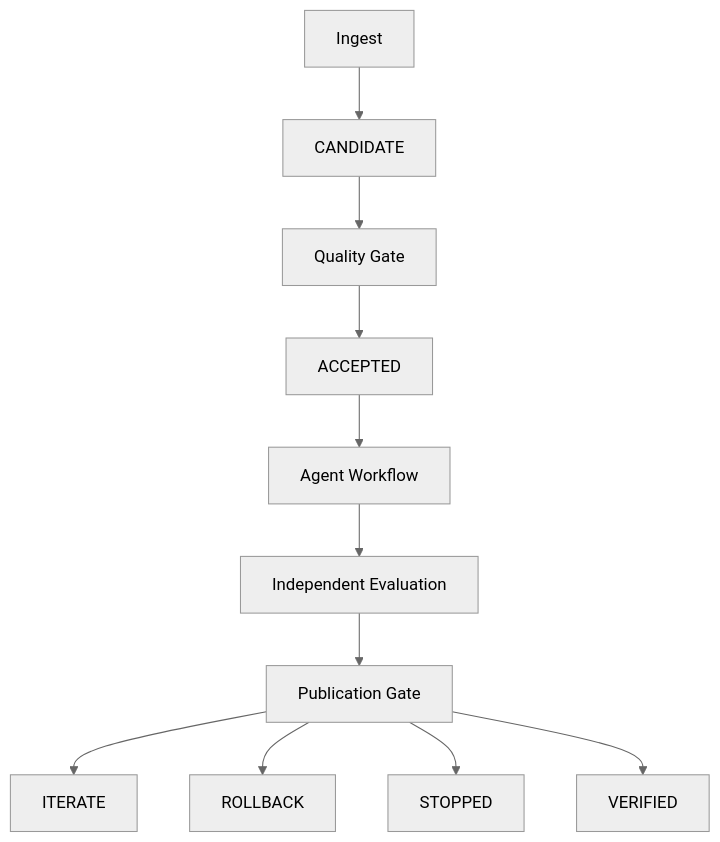
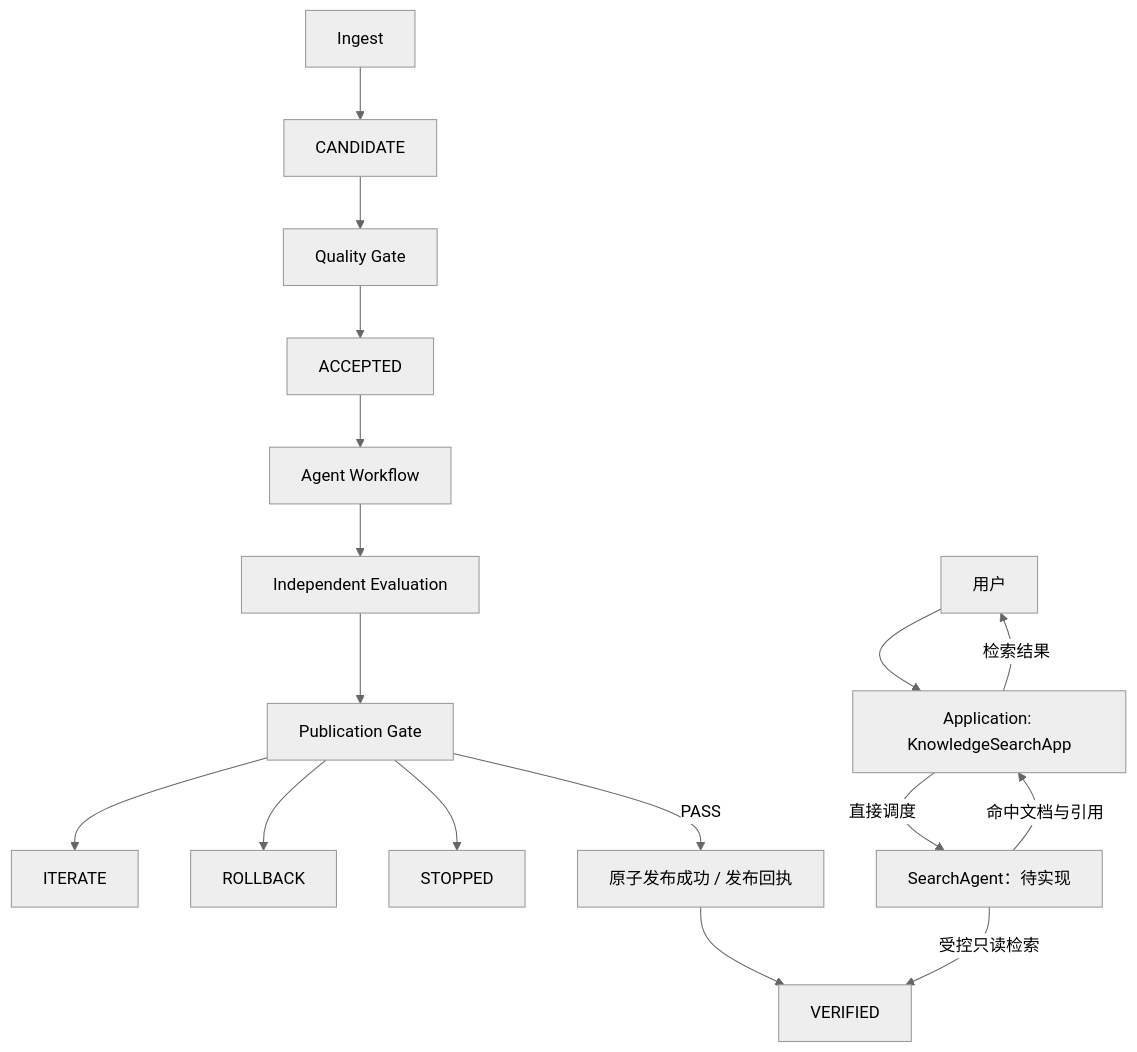
Before and after one commit to linlisWorkTeam/domain-knowledge: the diagram in docs/diagrams/knowledge-lifecycle.md, drawn with Mermaid (neutral theme). The commit also changed other lines of this file and 19 other files, not shown here.

Commit message:
docs: define application-dispatched SearchAgent and retrieval flow

````diff
--- a/docs/diagrams/knowledge-lifecycle.md
+++ b/docs/diagrams/knowledge-lifecycle.md
@@ -3,13 +3,19 @@
 ```mermaid
 flowchart TD
     Ingest["Ingest"] --> Candidate["CANDIDATE"]
     Candidate --> Quality["Quality Gate"]
     Quality --> Accepted["ACCEPTED"]
     Accepted --> Workflow["Agent Workflow"]
     Workflow --> Evaluation["Independent Evaluation"]
     Evaluation --> Gate["Publication Gate"]
     Gate --> Iterate["ITERATE"]
     Gate --> Rollback["ROLLBACK"]
     Gate --> Stopped["STOPPED"]
-    Gate --> Verified["VERIFIED"]
+    Gate -->|PASS| Publish["原子发布成功 / 发布回执"]
+    Publish --> Verified["VERIFIED"]
+    User["用户"] --> App["Application: KnowledgeSearchApp"]
+    App -->|直接调度| Search["SearchAgent：待实现"]
+    Search -->|受控只读检索| Verified
+    Search -->|命中文档与引用| App
+    App -->|检索结果| User
 ```
````
